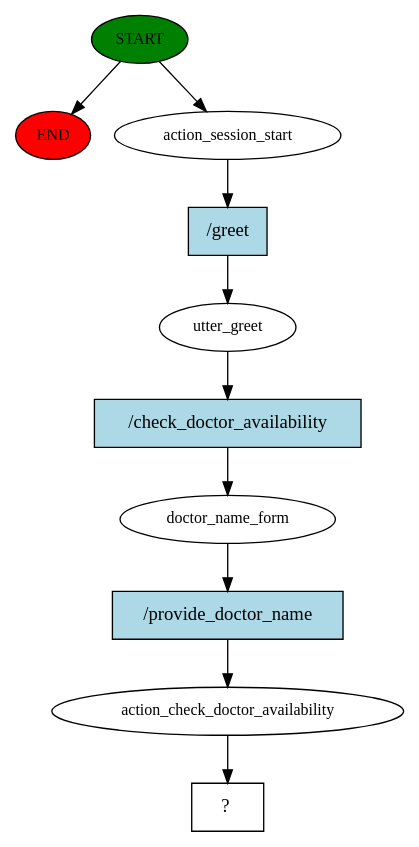
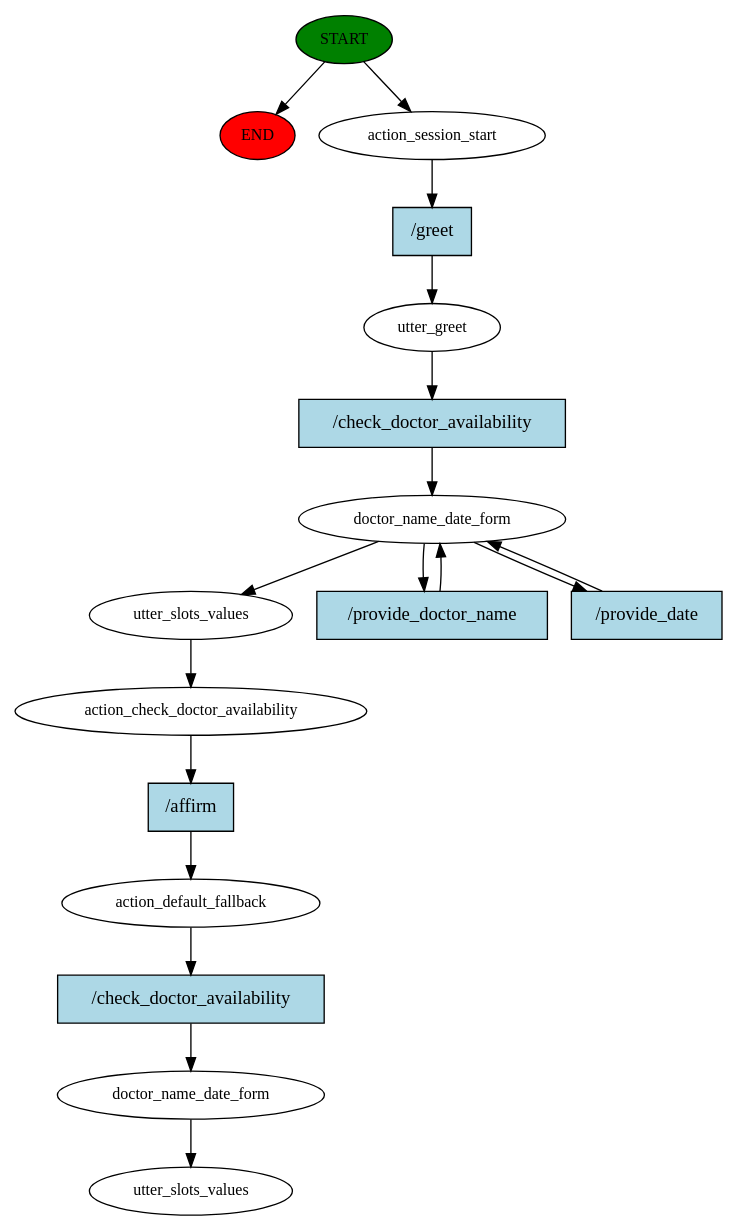
Before and after one commit to RuwanUdayanga/Chatbot3.0: the diagram in story_graph.dot, drawn with Graphviz. The commit also changed 5 other files, not shown here.

```diff
--- a/story_graph.dot
+++ b/story_graph.dot
@@ -1,21 +1,35 @@
 digraph  {
 0 [class="start active", fillcolor=green, fontsize=12, label=START, style=filled];
 "-1" [class=end, fillcolor=red, fontsize=12, label=END, style=filled];
 1 [class=active, fontsize=12, label=action_session_start];
 2 [class=active, fontsize=12, label=utter_greet];
-3 [class=active, fontsize=12, label=doctor_name_form];
-4 [class=active, fontsize=12, label=action_check_doctor_availability];
-5 [class="intent dashed active", label="  ?  ", shape=rect];
-6 [class="intent active", fillcolor=lightblue, label="/greet", shape=rect, style=filled];
-7 [class="intent active", fillcolor=lightblue, label="/check_doctor_availability", shape=rect, style=filled];
-8 [class="intent active", fillcolor=lightblue, label="/provide_doctor_name", shape=rect, style=filled];
+3 [class=active, fontsize=12, label=doctor_name_date_form];
+6 [class=active, fontsize=12, label=utter_slots_values];
+7 [class=active, fontsize=12, label=action_check_doctor_availability];
+8 [class=active, fontsize=12, label=action_default_fallback];
+9 [class=active, fontsize=12, label=doctor_name_date_form];
+10 [class="dashed active", fontsize=12, label=utter_slots_values];
+11 [class="intent active", fillcolor=lightblue, label="/greet", shape=rect, style=filled];
+12 [class="intent active", fillcolor=lightblue, label="/check_doctor_availability", shape=rect, style=filled];
+13 [class="intent active", fillcolor=lightblue, label="/provide_doctor_name", shape=rect, style=filled];
+14 [class="intent active", fillcolor=lightblue, label="/provide_date", shape=rect, style=filled];
+15 [class="intent active", fillcolor=lightblue, label="/affirm", shape=rect, style=filled];
+16 [class="intent active", fillcolor=lightblue, label="/check_doctor_availability", shape=rect, style=filled];
 0 -> "-1"  [class="", key=NONE, label=""];
 0 -> 1  [class=active, key=NONE, label=""];
-1 -> 6  [class=active, key=0];
-2 -> 7  [class=active, key=0];
-3 -> 8  [class=active, key=0];
-4 -> 5  [class=active, key=NONE, label=""];
-6 -> 2  [class=active, key=0];
-7 -> 3  [class=active, key=0];
-8 -> 4  [class=active, key=0];
+1 -> 11  [class=active, key=0];
+2 -> 12  [class=active, key=0];
+3 -> 6  [class=active, key=NONE, label=""];
+3 -> 13  [class=active, key=0];
+3 -> 14  [class=active, key=0];
+6 -> 7  [class=active, key=NONE, label=""];
+7 -> 15  [class=active, key=0];
+8 -> 16  [class=active, key=0];
+9 -> 10  [class=active, key=NONE, label=""];
+11 -> 2  [class=active, key=0];
+12 -> 3  [class=active, key=0];
+13 -> 3  [class=active, key=0];
+14 -> 3  [class=active, key=0];
+15 -> 8  [class=active, key=0];
+16 -> 9  [class=active, key=0];
 }
```
